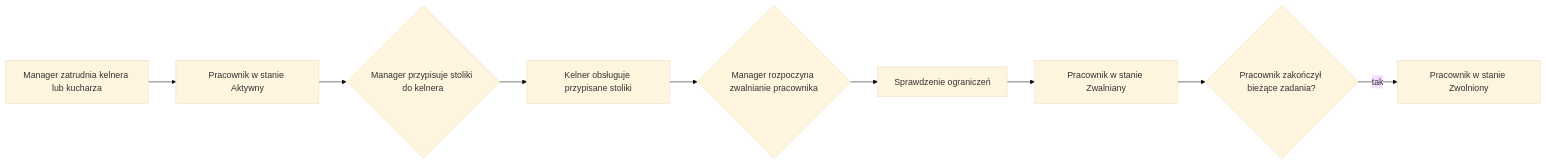
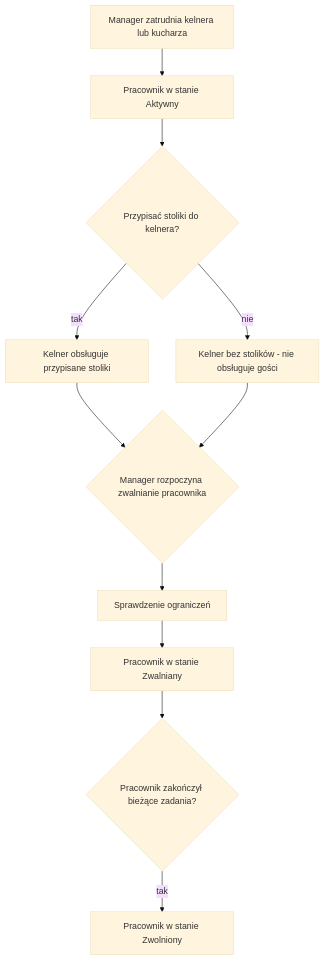
One commit to mmalessa/pizzeria changed the diagram in doc/254_staff_management.md. Above: the diagram before and after it, drawn with Mermaid (base theme). The commit also changed 9 other files, not shown here.

Commit message:
Convert Mermaid diagrams to top-down flow for better readability

````diff
--- a/doc/254_staff_management.md
+++ b/doc/254_staff_management.md
@@ -28,13 +28,15 @@
 ```mermaid
-flowchart LR
+flowchart TD
 
 A[Manager zatrudnia kelnera lub kucharza]
 --> B[Pracownik w stanie Aktywny]
---> C{Manager przypisuje stoliki do kelnera}
---> D[Kelner obsługuje przypisane stoliki]
---> E{Manager rozpoczyna zwalnianie pracownika}
---> F[Sprawdzenie ograniczeń]
---> G[Pracownik w stanie Zwalniany]
---> H{Pracownik zakończył bieżące zadania?}
--->|tak| I[Pracownik w stanie Zwolniony]
+B --> C{Przypisać stoliki do kelnera?}
+C -->|tak| D[Kelner obsługuje przypisane stoliki]
+C -->|nie| E[Kelner bez stolików - nie obsługuje gości]
+D --> F{Manager rozpoczyna zwalnianie pracownika}
+E --> F
+F --> G[Sprawdzenie ograniczeń]
+G --> H[Pracownik w stanie Zwalniany]
+H --> I{Pracownik zakończył bieżące zadania?}
+I -->|tak| J[Pracownik w stanie Zwolniony]
 ```
````
